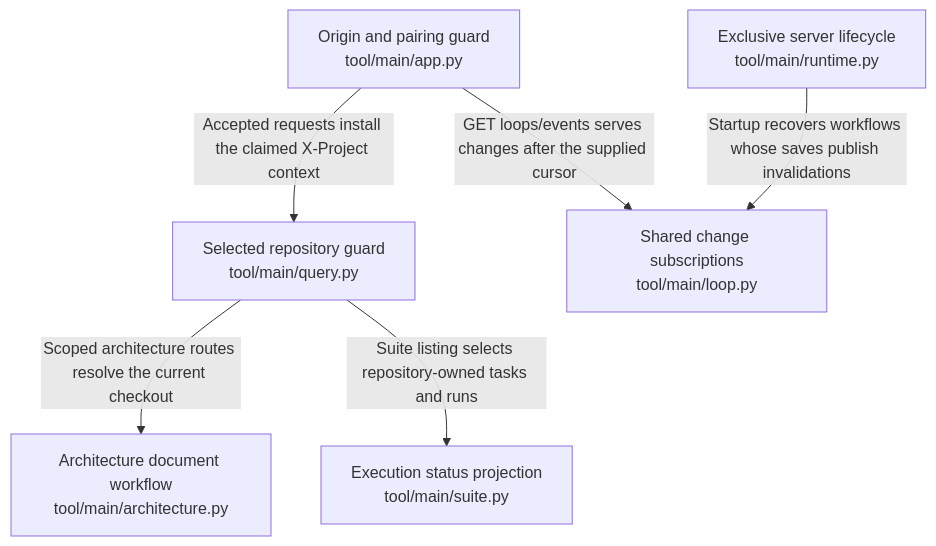
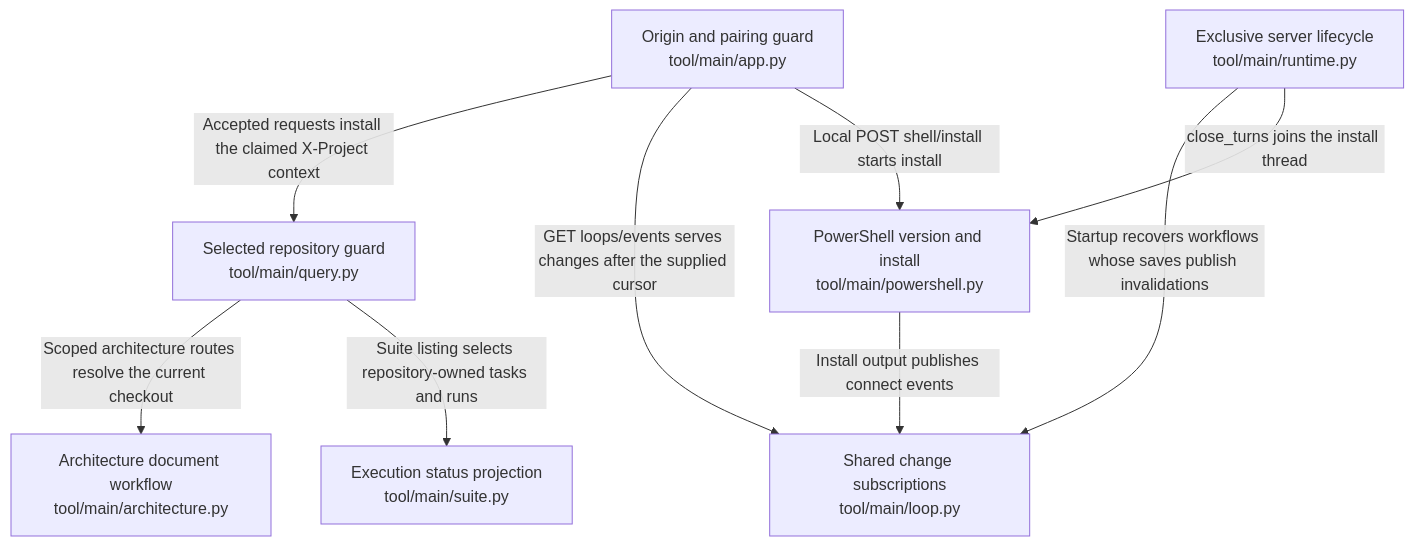
One commit to littleeeeebit/wiki-agent changed the diagram in .omm/overall-architecture/server/diagram.mmd. Above: the diagram before and after it, drawn with Mermaid. The commit also changed 76 other files, not shown here.

```diff
--- a/.omm/overall-architecture/server/diagram.mmd
+++ b/.omm/overall-architecture/server/diagram.mmd
@@ -1,12 +1,16 @@
 graph TD
 ingress["Origin and pairing guard\ntool/main/app.py"]
 selection["Selected repository guard\ntool/main/query.py"]
 lifecycle["Exclusive server lifecycle\ntool/main/runtime.py"]
 feed["Shared change subscriptions\ntool/main/loop.py"]
 architecture["Architecture document workflow\ntool/main/architecture.py"]
 suite["Execution status projection\ntool/main/suite.py"]
+powershell["PowerShell version and install\ntool/main/powershell.py"]
 ingress -->|"Accepted requests install the claimed X-Project context"| selection
 selection -->|"Scoped architecture routes resolve the current checkout"| architecture
 selection -->|"Suite listing selects repository-owned tasks and runs"| suite
 lifecycle -->|"Startup recovers workflows whose saves publish invalidations"| feed
 ingress -->|"GET loops/events serves changes after the supplied cursor"| feed
+ingress -->|"Local POST shell/install starts install"| powershell
+powershell -->|"Install output publishes connect events"| feed
+lifecycle -->|"close_turns joins the install thread"| powershell
```
